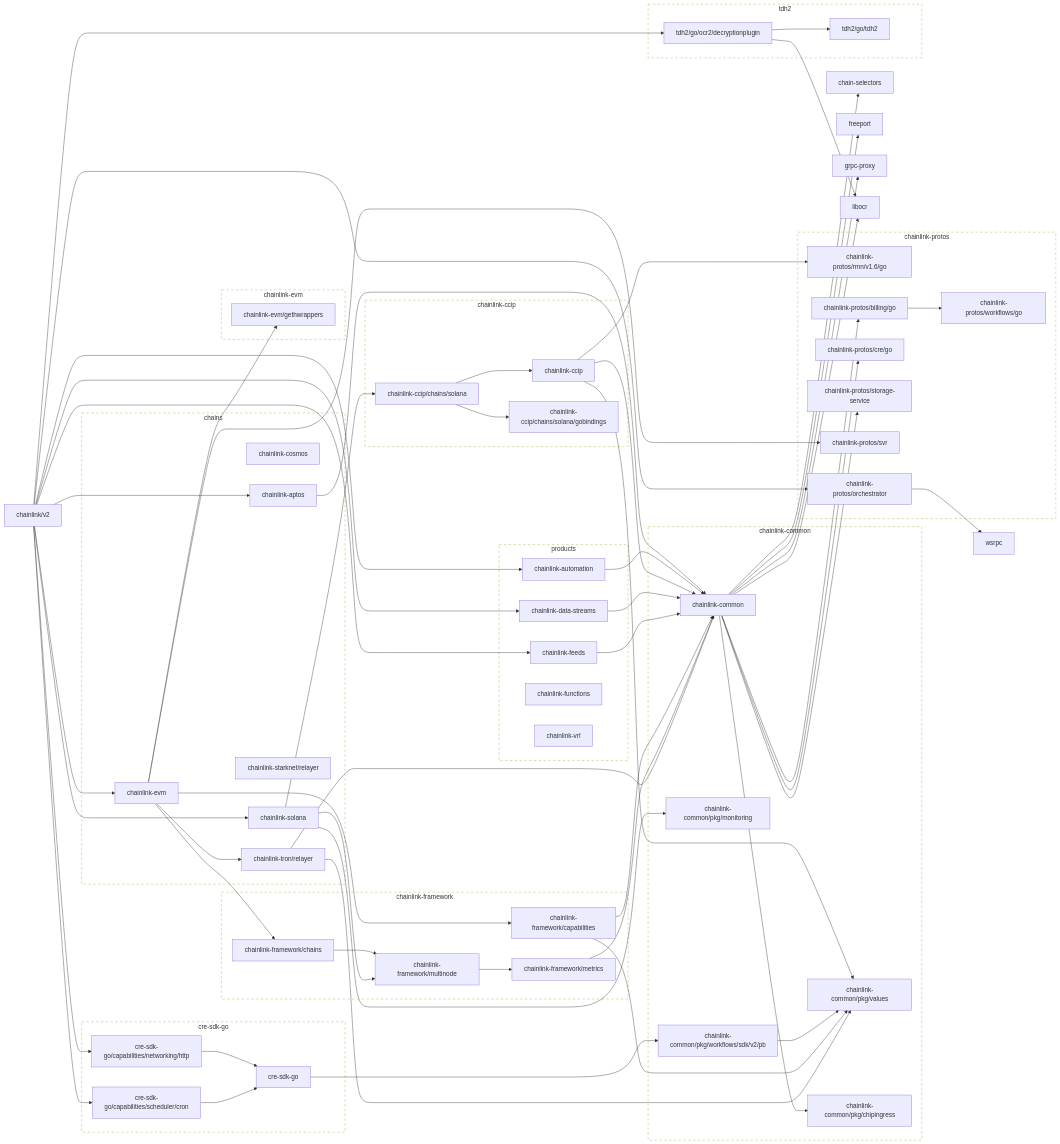
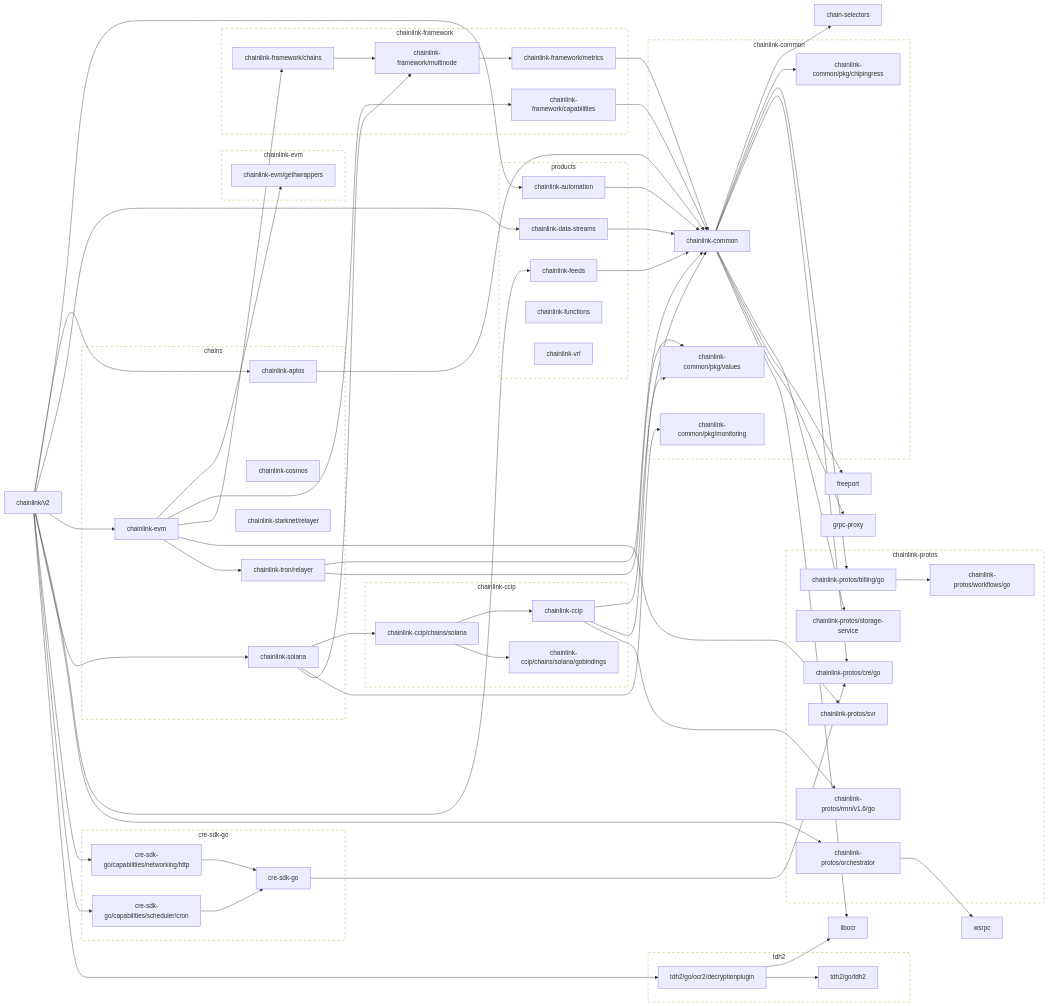
The first of 2 diagrams in go.md (smartcontractkit/chainlink), drawn with Mermaid before and after one commit. The commit also changed other lines of this file and 16 other files, not shown here.

```diff
--- a/go.md
+++ b/go.md
@@ -52,8 +52,6 @@
 	click chainlink-common/pkg/monitoring href "https://github.com/smartcontractkit/chainlink-common"
 	chainlink-common/pkg/values
 	click chainlink-common/pkg/values href "https://github.com/smartcontractkit/chainlink-common"
-	chainlink-common/pkg/workflows/sdk/v2/pb --> chainlink-common/pkg/values
-	click chainlink-common/pkg/workflows/sdk/v2/pb href "https://github.com/smartcontractkit/chainlink-common"
 	chainlink-data-streams --> chainlink-common
 	click chainlink-data-streams href "https://github.com/smartcontractkit/chainlink-data-streams"
 	chainlink-evm --> chainlink-evm/gethwrappers
@@ -67,7 +65,6 @@
 	chainlink-feeds --> chainlink-common
 	click chainlink-feeds href "https://github.com/smartcontractkit/chainlink-feeds"
 	chainlink-framework/capabilities --> chainlink-common
-	chainlink-framework/capabilities --> chainlink-common/pkg/values
 	click chainlink-framework/capabilities href "https://github.com/smartcontractkit/chainlink-framework"
 	chainlink-framework/chains --> chainlink-framework/multinode
 	click chainlink-framework/chains href "https://github.com/smartcontractkit/chainlink-framework"
@@ -107,7 +104,7 @@
 	chainlink/v2 --> cre-sdk-go/capabilities/scheduler/cron
 	chainlink/v2 --> tdh2/go/ocr2/decryptionplugin
 	click chainlink/v2 href "https://github.com/smartcontractkit/chainlink"
-	cre-sdk-go --> chainlink-common/pkg/workflows/sdk/v2/pb
+	cre-sdk-go --> chainlink-protos/cre/go
 	click cre-sdk-go href "https://github.com/smartcontractkit/cre-sdk-go"
 	cre-sdk-go/capabilities/networking/http --> cre-sdk-go
 	click cre-sdk-go/capabilities/networking/http href "https://github.com/smartcontractkit/cre-sdk-go"
@@ -139,7 +136,6 @@
 		 chainlink-common/pkg/chipingress
 		 chainlink-common/pkg/monitoring
 		 chainlink-common/pkg/values
-		 chainlink-common/pkg/workflows/sdk/v2/pb
 	end
 	click chainlink-common-repo href "https://github.com/smartcontractkit/chainlink-common"
 
```
